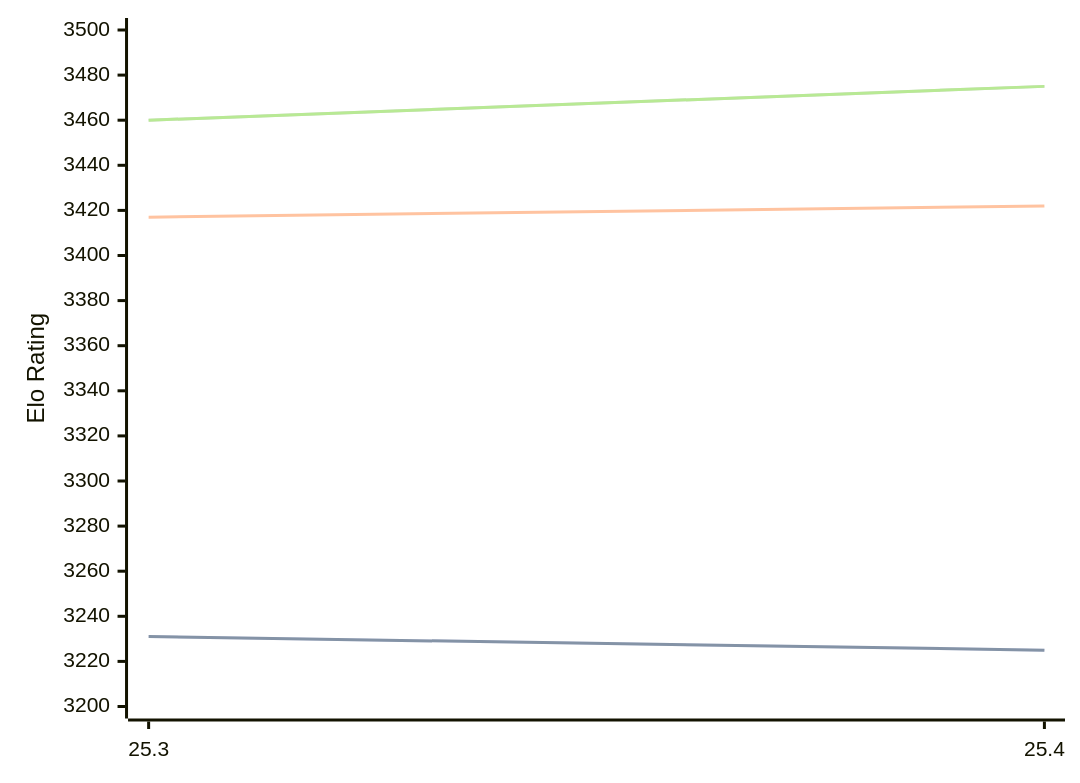
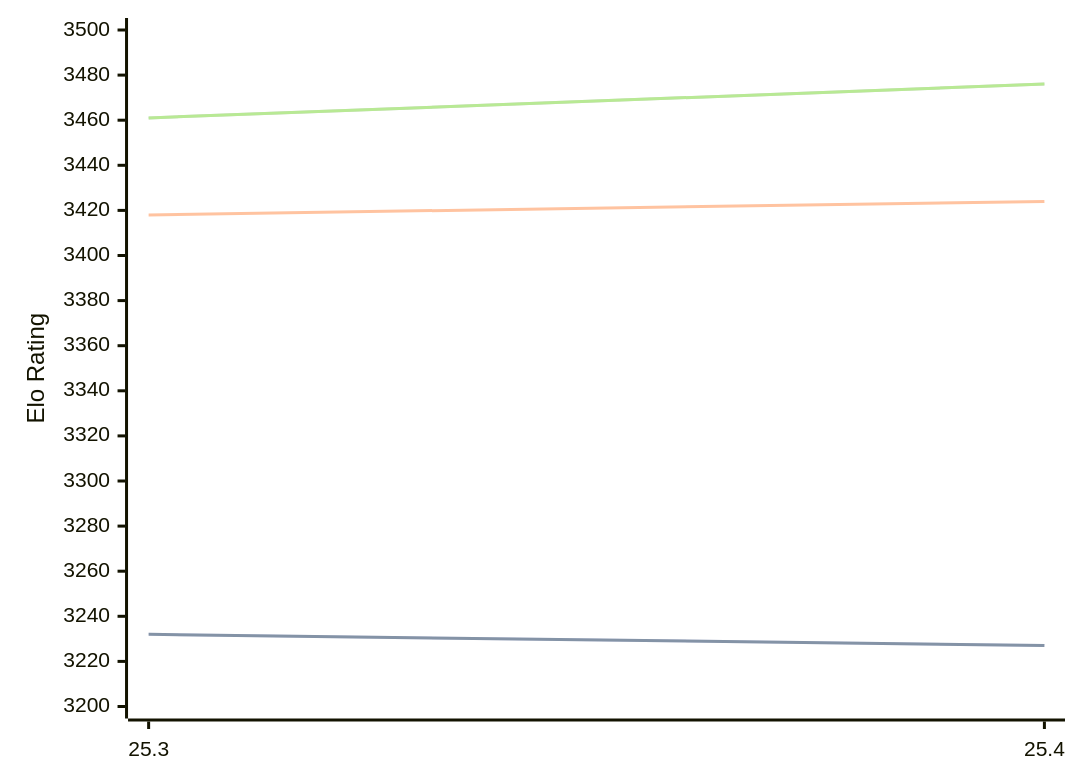
The diagram in engines/Arasan.md (computer-chess-index/cci), drawn with Mermaid before and after one commit. The commit also changed other lines of this file, not shown here.

Commit message:
Update CCI Ratings (ELO VLTC) - 2026-07-24

````diff
--- a/engines/Arasan.md
+++ b/engines/Arasan.md
@@ -33,11 +33,11 @@
 ```mermaid
 %%{init: {"theme":"base","themeVariables":{"seriesColors:['#a3a3a3','#222221','#faa371']}}}%%
 xychart-beta
   x-axis ["25.3", "25.4"]
   y-axis "Elo Rating" 3200 --> 3500
-  line "STC (8.0+0.08s)" [3231, 3225]
-  line "STC (8.0+0.08s)" [3231, 3225]
-  line "LTC (60.0+0.60s)" [3417, 3422]
-  line "VLTC (2m24s+1.12s)" [3460, 3475]
-  line "VLTC (2m24s+1.12s)" [3460, 3475]
+  line "STC (8.0+0.08s)" [3232, 3227]
+  line "STC (8.0+0.08s)" [3232, 3227]
+  line "LTC (60.0+0.60s)" [3418, 3424]
+  line "VLTC (2m24s+1.12s)" [3461, 3476]
+  line "VLTC (2m24s+1.12s)" [3461, 3476]
 ```
````
